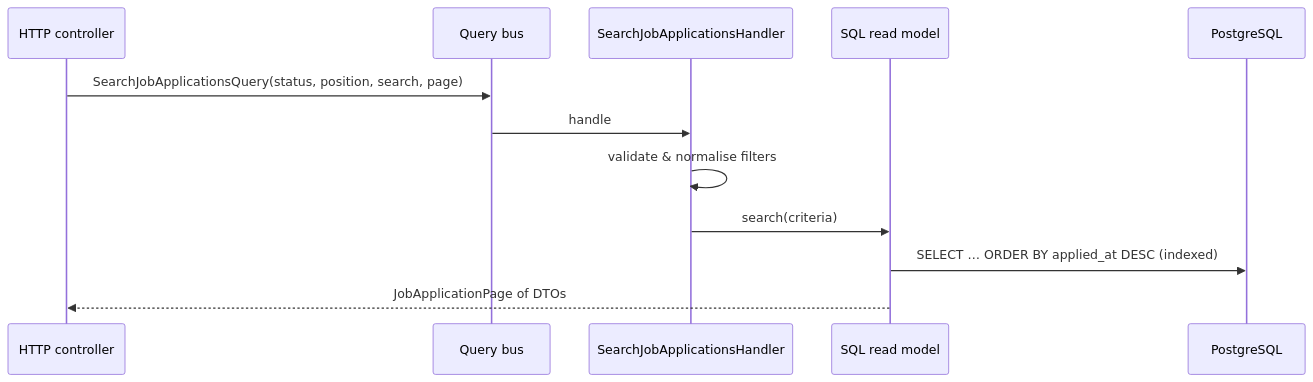
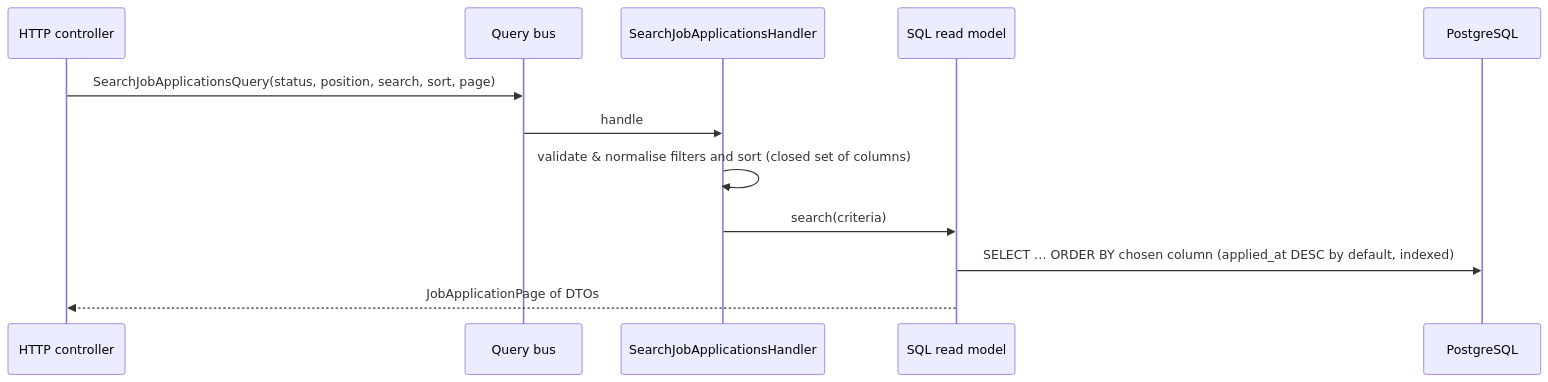
One commit to manuelarandait/ats-poc changed the eighth of 8 diagrams in docs/ARCHITECTURE.md. Above: the diagram before and after it, drawn with Mermaid. The commit also changed other lines of this file and 7 other files, not shown here.

First line of the commit message:
docs: add development and deployment guides, refresh architecture

````diff
--- a/docs/ARCHITECTURE.md
+++ b/docs/ARCHITECTURE.md
@@ -313,15 +317,15 @@
 ```mermaid
 sequenceDiagram
     participant H as HTTP controller
     participant QB as Query bus
     participant Q as SearchJobApplicationsHandler
     participant RM as SQL read model
     participant DB as PostgreSQL
 
-    H->>QB: SearchJobApplicationsQuery(status, position, search, page)
+    H->>QB: SearchJobApplicationsQuery(status, position, search, sort, page)
     QB->>Q: handle
-    Q->>Q: validate & normalise filters
+    Q->>Q: validate & normalise filters and sort (closed set of columns)
     Q->>RM: search(criteria)
-    RM->>DB: SELECT … ORDER BY applied_at DESC (indexed)
+    RM->>DB: SELECT … ORDER BY chosen column (applied_at DESC by default, indexed)
     RM-->>H: JobApplicationPage of DTOs
 ```
````
